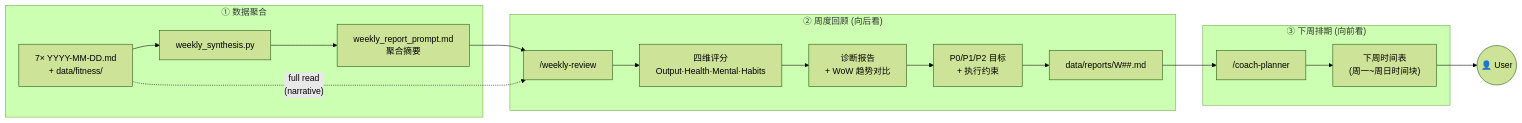
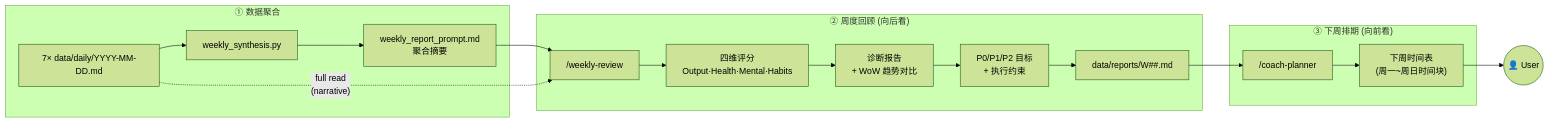
The third of 7 diagrams in ARCHITECTURE.md (KelvinYou/personal-os), drawn with Mermaid (forest theme) before and after one commit. The commit also changed other lines of this file and 3 other files, not shown here.

First line of the commit message:
fix(docs): add mermaid lint, fix GitHub-rendering line breaks

````diff
--- a/ARCHITECTURE.md
+++ b/ARCHITECTURE.md
@@ -118,23 +121,23 @@
 ```mermaid
 graph LR
     subgraph Collect ["① 数据聚合"]
-        D["7× YYYY-MM-DD.md\n+ data/fitness/"] --> WS["weekly_synthesis.py"]
-        WS --> PROMPT["weekly_report_prompt.md\n聚合摘要"]
+        D["7× data/daily/YYYY-MM-DD.md"] --> WS["weekly_synthesis.py"]
+        WS --> PROMPT["weekly_report_prompt.md<br/>聚合摘要"]
     end
 
     subgraph Review ["② 周度回顾 (向后看)"]
         PROMPT --> WR["/weekly-review"]
-        WR --> SCORE["四维评分\nOutput·Health·Mental·Habits"]
-        SCORE --> DIAG["诊断报告\n+ WoW 趋势对比"]
-        DIAG --> OBJ["P0/P1/P2 目标\n+ 执行约束"]
+        WR --> SCORE["四维评分<br/>Output·Health·Mental·Habits"]
+        SCORE --> DIAG["诊断报告<br/>+ WoW 趋势对比"]
+        DIAG --> OBJ["P0/P1/P2 目标<br/>+ 执行约束"]
         OBJ --> RPT["data/reports/W##.md"]
     end
 
     subgraph Plan ["③ 下周排期 (向前看)"]
         RPT --> CP["/coach-planner"]
-        CP --> TT["下周时间表\n(周一~周日时间块)"]
+        CP --> TT["下周时间表<br/>(周一~周日时间块)"]
     end
 
-    D -. "full read\n(narrative)" .-> WR
+    D -. "full read<br/>(narrative)" .-> WR
     TT --> User((👤 User))
 ```
````
